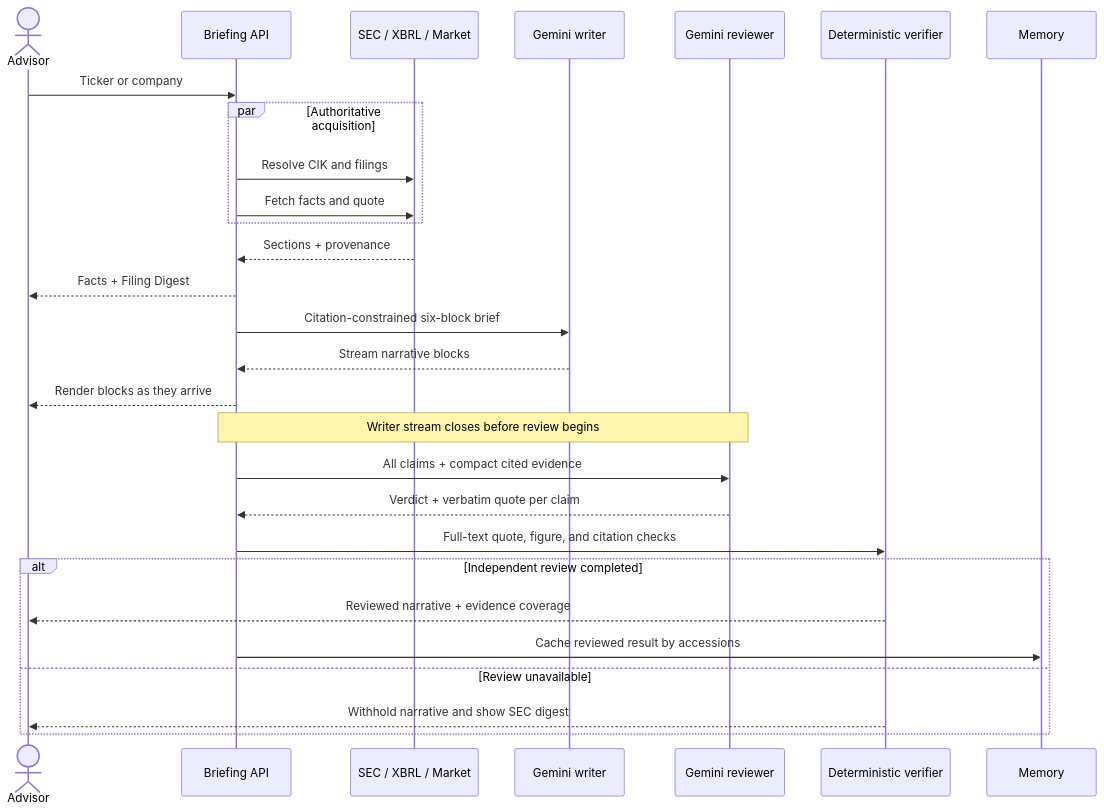
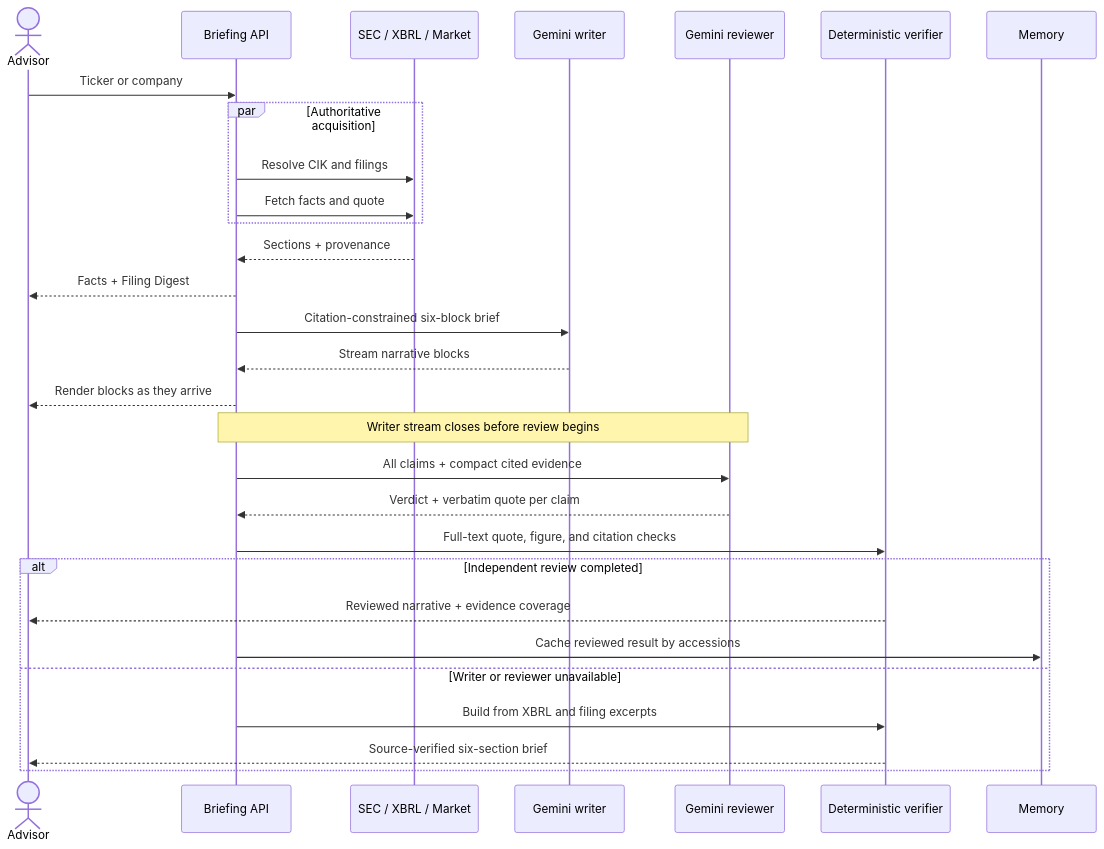
Before and after one commit to iamestime/ai-prototype-advisor-brief: the second of 4 diagrams in README.md, drawn with Mermaid. The commit also changed other lines of this file and 3 other files, not shown here.

````diff
--- a/README.md
+++ b/README.md
@@ -57,31 +75,32 @@
 ```mermaid
 sequenceDiagram
     actor Advisor
     participant API as Briefing API
     participant Evidence as SEC / XBRL / Market
     participant Writer as Gemini writer
     participant Reviewer as Gemini reviewer
     participant Trust as Deterministic verifier
     participant Memory
 
     Advisor->>API: Ticker or company
     par Authoritative acquisition
         API->>Evidence: Resolve CIK and filings
         API->>Evidence: Fetch facts and quote
     end
     Evidence-->>API: Sections + provenance
     API-->>Advisor: Facts + Filing Digest
     API->>Writer: Citation-constrained six-block brief
     Writer-->>API: Stream narrative blocks
     API-->>Advisor: Render blocks as they arrive
     Note over API,Reviewer: Writer stream closes before review begins
     API->>Reviewer: All claims + compact cited evidence
     Reviewer-->>API: Verdict + verbatim quote per claim
     API->>Trust: Full-text quote, figure, and citation checks
     alt Independent review completed
         Trust-->>Advisor: Reviewed narrative + evidence coverage
         API->>Memory: Cache reviewed result by accessions
-    else Review unavailable
-        Trust-->>Advisor: Withhold narrative and show SEC digest
+    else Writer or reviewer unavailable
+        API->>Trust: Build from XBRL and filing excerpts
+        Trust-->>Advisor: Source-verified six-section brief
     end
 ```
````
